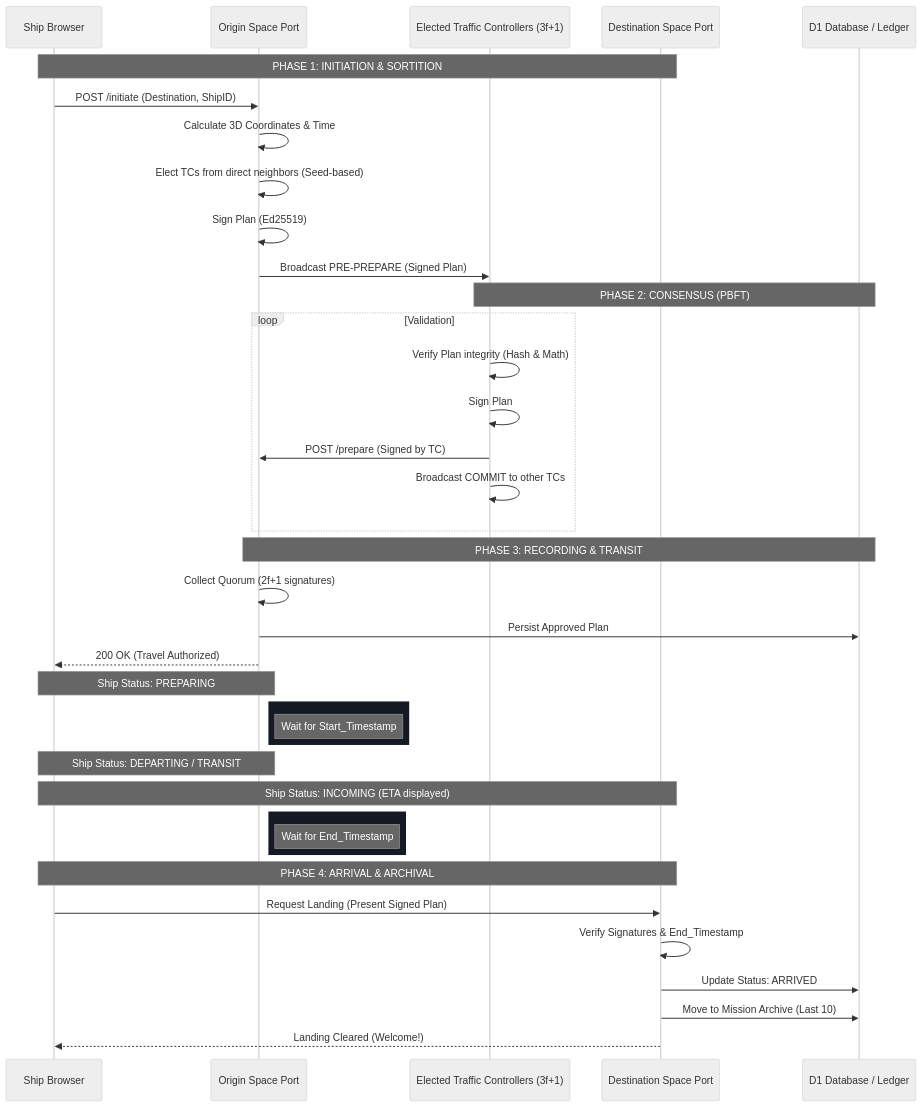
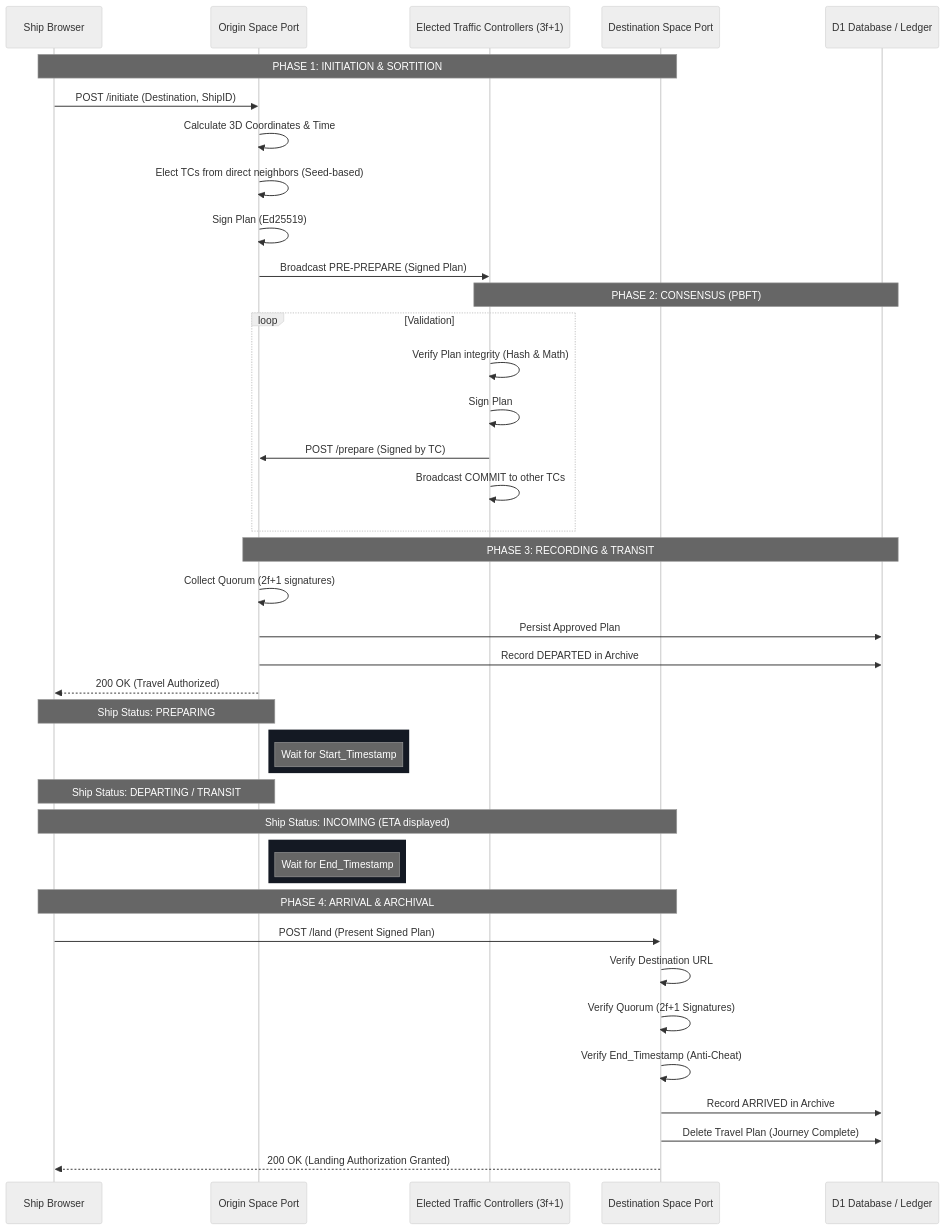
The diagram in PROTOCOL.md (Federated-Planets/planet), drawn with Mermaid (neutral theme) before and after one commit. The commit also changed other lines of this file, not shown here.

Commit message:
Full implementation of Space Travel Protocol with PBFT consensus and Landing authorization

````diff
--- a/PROTOCOL.md
+++ b/PROTOCOL.md
@@ -5,48 +5,51 @@
 ```mermaid
 sequenceDiagram
     participant Traveler as Ship Browser
     participant Origin as Origin Space Port
     participant TCs as Elected Traffic Controllers (3f+1)
     participant Dest as Destination Space Port
     participant D1 as D1 Database / Ledger
 
     Note over Traveler, Dest: PHASE 1: INITIATION & SORTITION
     Traveler->>Origin: POST /initiate (Destination, ShipID)
     Origin->>Origin: Calculate 3D Coordinates & Time
     Origin->>Origin: Elect TCs from direct neighbors (Seed-based)
     Origin->>Origin: Sign Plan (Ed25519)
     Origin->>TCs: Broadcast PRE-PREPARE (Signed Plan)
 
     Note over TCs, D1: PHASE 2: CONSENSUS (PBFT)
     loop Validation
         TCs->>TCs: Verify Plan integrity (Hash & Math)
         TCs->>TCs: Sign Plan
         TCs->>Origin: POST /prepare (Signed by TC)
         TCs->>TCs: Broadcast COMMIT to other TCs
     end
 
     Note over Origin, D1: PHASE 3: RECORDING & TRANSIT
     Origin->>Origin: Collect Quorum (2f+1 signatures)
     Origin->>D1: Persist Approved Plan
+    Origin->>D1: Record DEPARTED in Archive
     Origin-->>Traveler: 200 OK (Travel Authorized)
     
     Note over Origin, Traveler: Ship Status: PREPARING
     
     rect rgb(20, 25, 35)
         Note right of Origin: Wait for Start_Timestamp
     end
 
     Note over Origin, Traveler: Ship Status: DEPARTING / TRANSIT
     Note over Dest, Traveler: Ship Status: INCOMING (ETA displayed)
 
     rect rgb(20, 25, 35)
         Note right of Origin: Wait for End_Timestamp
     end
 
     Note over Traveler, Dest: PHASE 4: ARRIVAL & ARCHIVAL
-    Traveler->>Dest: Request Landing (Present Signed Plan)
-    Dest->>Dest: Verify Signatures & End_Timestamp
-    Dest->>D1: Update Status: ARRIVED
-    Dest->>D1: Move to Mission Archive (Last 10)
-    Dest-->>Traveler: Landing Cleared (Welcome!)
+    Traveler->>Dest: POST /land (Present Signed Plan)
+    Dest->>Dest: Verify Destination URL
+    Dest->>Dest: Verify Quorum (2f+1 Signatures)
+    Dest->>Dest: Verify End_Timestamp (Anti-Cheat)
+    Dest->>D1: Record ARRIVED in Archive
+    Dest->>D1: Delete Travel Plan (Journey Complete)
+    Dest-->>Traveler: 200 OK (Landing Authorization Granted)
 ```
````
